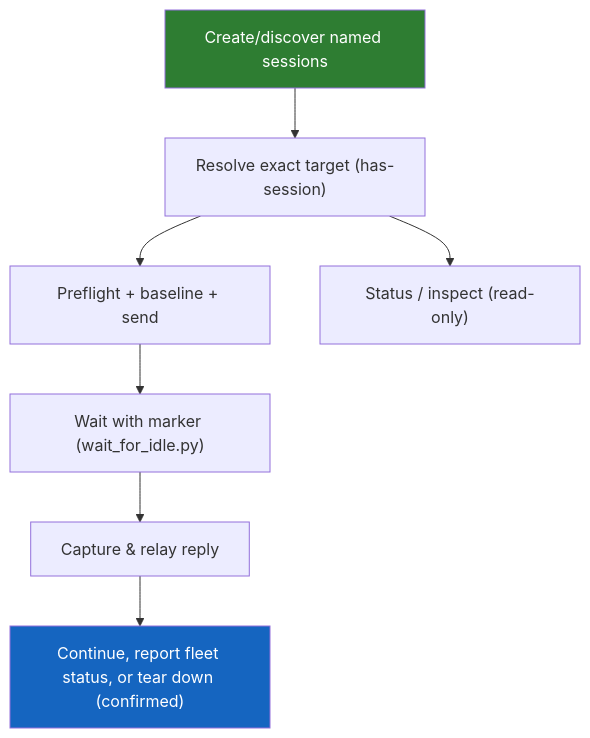
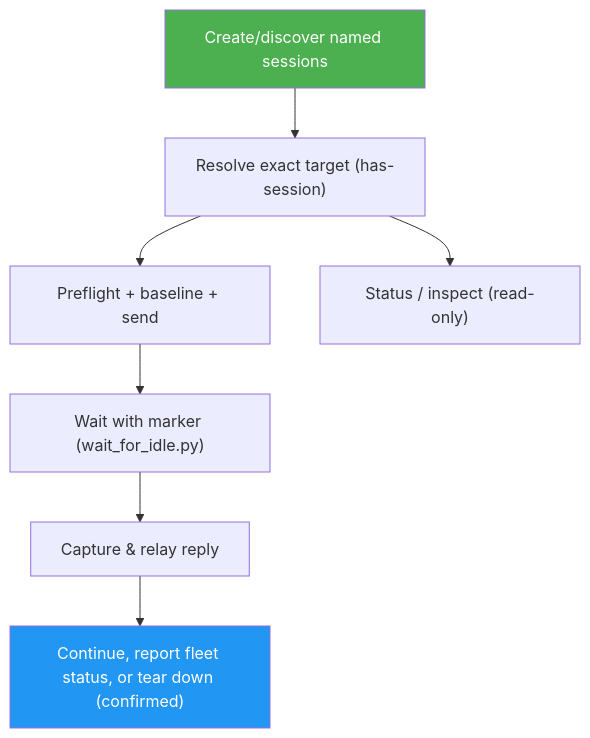
The diagram in skills/tmux-agent-comms/docs/README.md (luongnv89/skills), drawn with Mermaid before and after one commit. The commit also changed other lines of this file and 8 other files, not shown here.

````diff
--- a/skills/tmux-agent-comms/docs/README.md
+++ b/skills/tmux-agent-comms/docs/README.md
@@ -38,11 +38,11 @@
 ```mermaid
 graph TD
     A["Create/discover named sessions"] --> B["Resolve exact target (has-session)"]
     B --> C["Preflight + baseline + send"]
     B --> S["Status / inspect (read-only)"]
     C --> D["Wait with marker (wait_for_idle.py)"]
     D --> E["Capture & relay reply"]
     E --> F["Continue, report fleet status, or tear down (confirmed)"]
-    style A fill:#2E7D32,color:#fff
-    style F fill:#1565C0,color:#fff
+    style A fill:#4CAF50,color:#fff
+    style F fill:#2196F3,color:#fff
 ```
````
